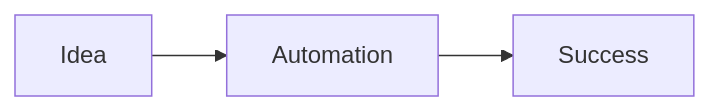
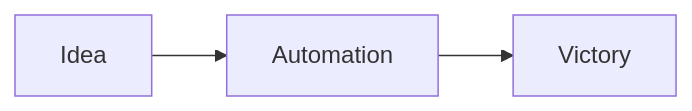
Before and after one commit to Atharv-wagh/visual-logic: the diagram in plan.mmd, drawn with Mermaid.

```diff
--- a/plan.mmd
+++ b/plan.mmd
@@ -1,3 +1,3 @@
 graph LR;
     A[Idea] --> B[Automation];
-    B --> C[Success];
+    B --> C[Victory];
```
